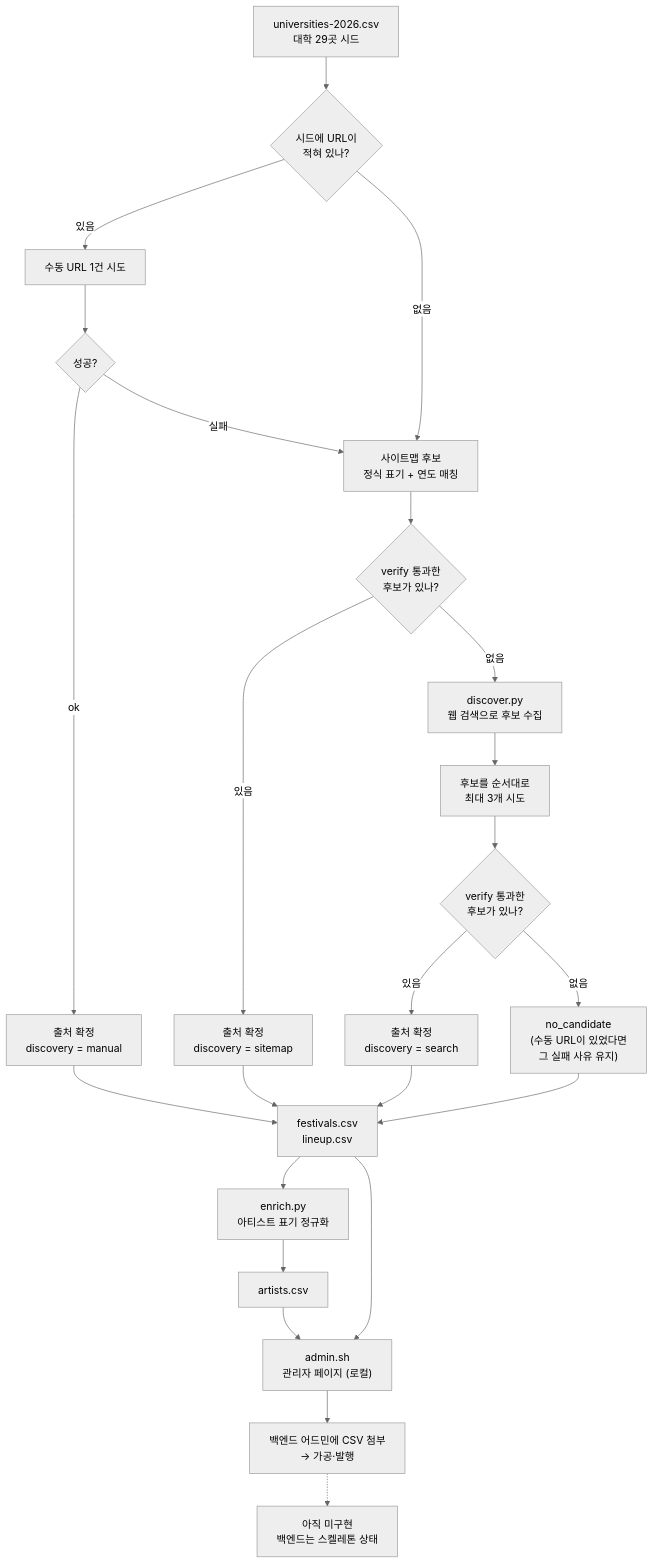
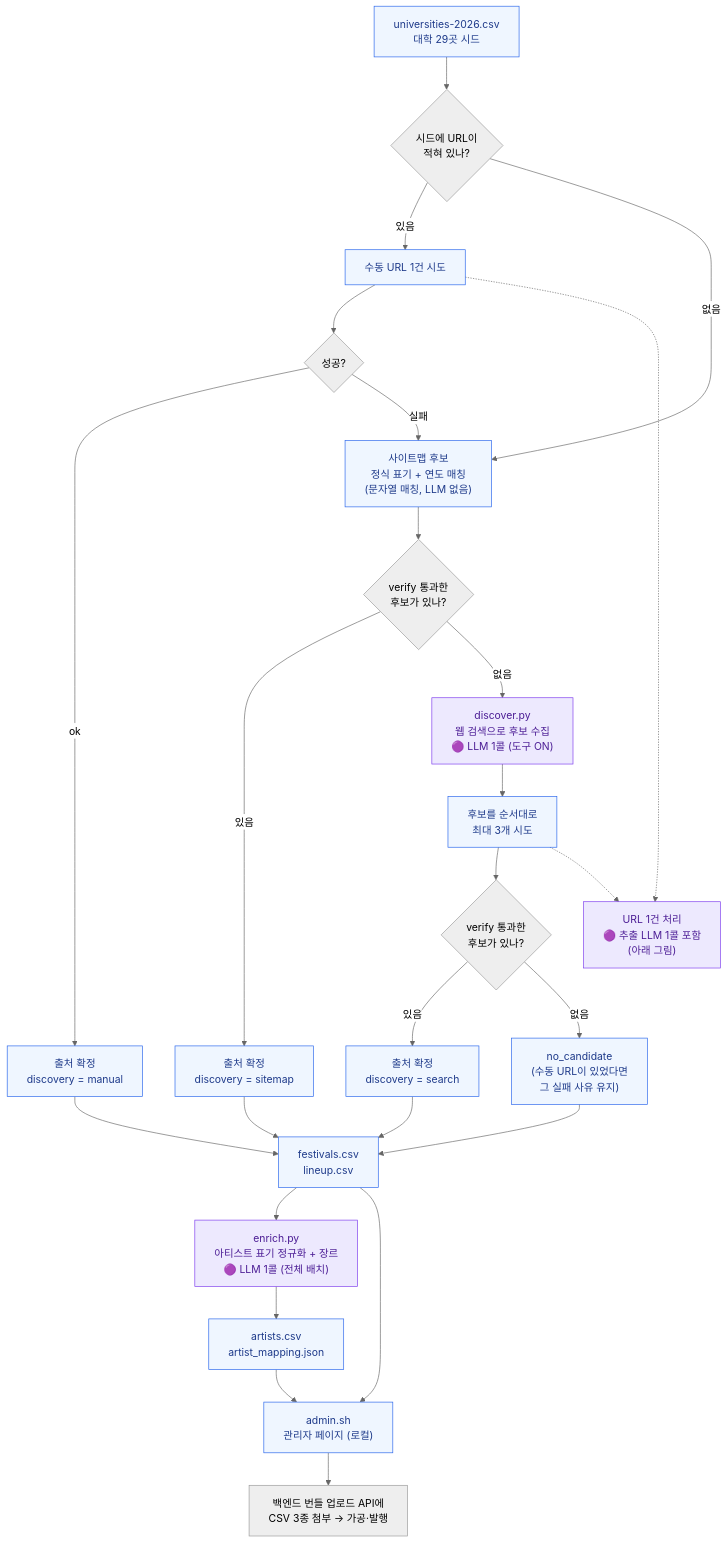
Before and after one commit to greedy-team/festa-crawler: the first of 4 diagrams in README.md, drawn with Mermaid (neutral theme). The commit also changed other lines of this file, not shown here.

````diff
--- a/README.md
+++ b/README.md
@@ -13,34 +16,41 @@
 ```mermaid
 flowchart TD
     seed["universities-2026.csv<br/>대학 29곳 시드"] --> has{"시드에 URL이<br/>적혀 있나?"}
 
     has -->|"있음"| manual["수동 URL 1건 시도"]
     has -->|"없음"| sm
 
     manual --> mok{"성공?"}
     mok -->|"ok"| adopted["출처 확정<br/>discovery = manual"]
-    mok -->|"실패"| sm["사이트맵 후보<br/>정식 표기 + 연도 매칭"]
+    mok -->|"실패"| sm["사이트맵 후보<br/>정식 표기 + 연도 매칭<br/>(문자열 매칭, LLM 없음)"]
 
     sm --> smok{"verify 통과한<br/>후보가 있나?"}
     smok -->|"있음"| adoptedM["출처 확정<br/>discovery = sitemap"]
-    smok -->|"없음"| search["discover.py<br/>웹 검색으로 후보 수집"]
+    smok -->|"없음"| search["discover.py<br/>웹 검색으로 후보 수집<br/>🟣 LLM 1콜 (도구 ON)"]
 
     search --> cand["후보를 순서대로<br/>최대 3개 시도"]
     cand --> cok{"verify 통과한<br/>후보가 있나?"}
     cok -->|"있음"| adoptedS["출처 확정<br/>discovery = search"]
     cok -->|"없음"| failed["no_candidate<br/>(수동 URL이 있었다면<br/>그 실패 사유 유지)"]
 
     adopted --> csv["festivals.csv<br/>lineup.csv"]
     adoptedM --> csv
     adoptedS --> csv
     failed --> csv
 
-    csv --> enrich["enrich.py<br/>아티스트 표기 정규화"]
-    enrich --> artists["artists.csv"]
+    csv --> enrich["enrich.py<br/>아티스트 표기 정규화 + 장르<br/>🟣 LLM 1콜 (전체 배치)"]
+    enrich --> artists["artists.csv<br/>artist_mapping.json"]
 
     csv --> review["admin.sh<br/>관리자 페이지 (로컬)"]
     artists --> review
-    review --> admin["백엔드 어드민에 CSV 첨부<br/>→ 가공·발행"]
+    review --> admin["백엔드 번들 업로드 API에<br/>CSV 3종 첨부 → 가공·발행"]
 
-    admin -.-> note["아직 미구현<br/>백엔드는 스켈레톤 상태"]
+    manual -.-> u
+    cand -.-> u
+    u["URL 1건 처리<br/>🟣 추출 LLM 1콜 포함<br/>(아래 그림)"]
+
+    classDef llm fill:#ede9fe,stroke:#7c3aed,color:#4c1d95
+    classDef py fill:#eff6ff,stroke:#2563eb,color:#1e3a8a
+    class search,enrich,u llm
+    class seed,manual,sm,cand,adopted,adoptedM,adoptedS,failed,csv,artists,review py
 ```
````
